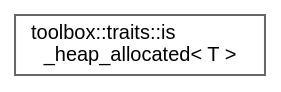
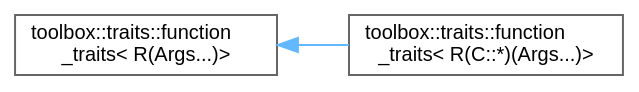
One commit to nerdneilsfield/cpp-toolbox changed the diagram in inherit_graph_143.dot. Above: the diagram before and after it, drawn with Graphviz. The commit also changed 405 other files, not shown here.

```diff
--- a/inherit_graph_143.dot
+++ b/inherit_graph_143.dot
@@ -1,9 +1,11 @@
 digraph "Graphical Class Hierarchy"
 {
  // LATEX_PDF_SIZE
   bgcolor="transparent";
   edge [fontname=Helvetica,fontsize=10,labelfontname=Helvetica,labelfontsize=10];
   node [fontname=Helvetica,fontsize=10,shape=box,height=0.2,width=0.4];
   rankdir="LR";
-  Node0 [id="Node000000",label="toolbox::traits::is\l_heap_allocated\< T \>",height=0.2,width=0.4,color="grey40", fillcolor="white", style="filled",URL="$structtoolbox_1_1traits_1_1is__heap__allocated.html",tooltip="检查类型是否必须堆分配/Check if type must be heap allocated"];
+  Node0 [id="Node000000",label="toolbox::traits::function\l_traits\< R(Args...)\>",height=0.2,width=0.4,color="grey40", fillcolor="white", style="filled",URL="$structtoolbox_1_1traits_1_1function__traits_3_01_r_07_args_8_8_8_08_4.html",tooltip="普通函数的函数特征/Function traits for regular functions"];
+  Node0 -> Node1 [id="edge114_Node000000_Node000001",dir="back",color="steelblue1",style="solid",tooltip=" "];
+  Node1 [id="Node000001",label="toolbox::traits::function\l_traits\< R(C::*)(Args...)\>",height=0.2,width=0.4,color="grey40", fillcolor="white", style="filled",URL="$structtoolbox_1_1traits_1_1function__traits_3_01_r_07_c_1_1_5_08_07_args_8_8_8_08_4.html",tooltip="成员函数的函数特征/Function traits for member functions"];
 }
```
